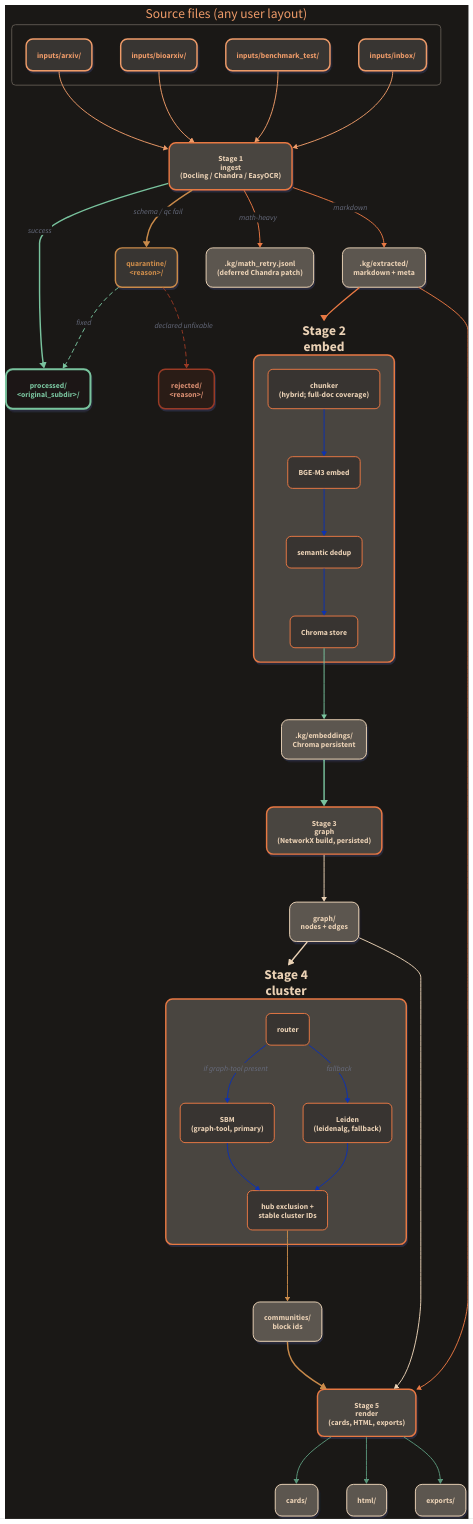
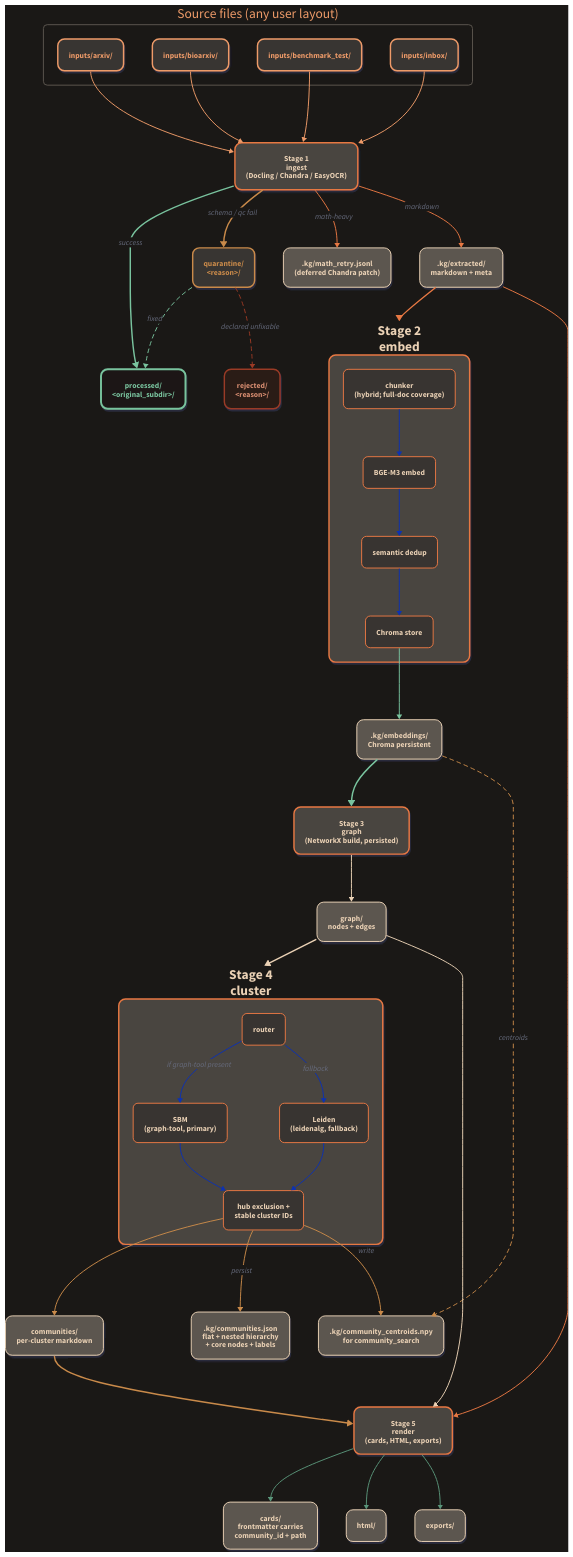
The diagram in docs/architecture/nuthatch_data_lifecycle.d2 (evoclock/nuthatch), drawn with D2 before and after one commit. The commit also changed 3 other files, not shown here.

First line of the commit message:
Diagrams: add .kg/communities.json + community_centroids.npy artifacts to the data-lifecycle SVG; both HTML pages get a community-aware-retrieval callout.

```diff
--- a/docs/architecture/nuthatch_data_lifecycle.d2
+++ b/docs/architecture/nuthatch_data_lifecycle.d2
@@ -172,8 +172,10 @@
 extracted: ".kg/extracted/\nmarkdown + meta" { class: artifact }
 embeddings: ".kg/embeddings/\nChroma persistent" { class: artifact }
 graphdir: "graph/\nnodes + edges" { class: artifact }
-communities: "communities/\nblock ids" { class: artifact }
-cards: "cards/" { class: artifact }
+communities: "communities/\nper-cluster markdown" { class: artifact }
+communities_index: ".kg/communities.json\nflat + nested hierarchy\n+ core nodes + labels" { class: artifact }
+centroids: ".kg/community_centroids.npy\nfor community_search" { class: artifact }
+cards: "cards/\nfrontmatter carries\ncommunity_id + path" { class: artifact }
 html_out: "html/" { class: artifact }
 exports: "exports/" { class: artifact }
 mathretry: ".kg/math_retry.jsonl\n(deferred Chandra patch)" { class: artifact }
@@ -205,8 +207,12 @@
 graph -> graphdir: "" { style.stroke: "#ead1b5"; style.stroke-width: 2 }
 graphdir -> cluster: "" { style.stroke: "#ead1b5"; style.stroke-width: 3 }
 
-# Stage 4 outgoing (ochre)
+# Stage 4 outgoing (ochre): partition flows to communities/, the
+# persisted index, the centroids matrix, and forward to render.
 cluster.hub -> communities: "" { style.stroke: "#c98a4a"; style.stroke-width: 2 }
+cluster.hub -> communities_index: "persist" { style.stroke: "#c98a4a"; style.stroke-width: 2 }
+embeddings -> centroids: "centroids" { style.stroke: "#c98a4a"; style.stroke-width: 2; style.stroke-dash: 4 }
+cluster.hub -> centroids: "write" { style.stroke: "#c98a4a"; style.stroke-width: 2 }
 communities -> render: "" { style.stroke: "#c98a4a"; style.stroke-width: 3 }
 
 # Cross-stage shortcuts into render
```
